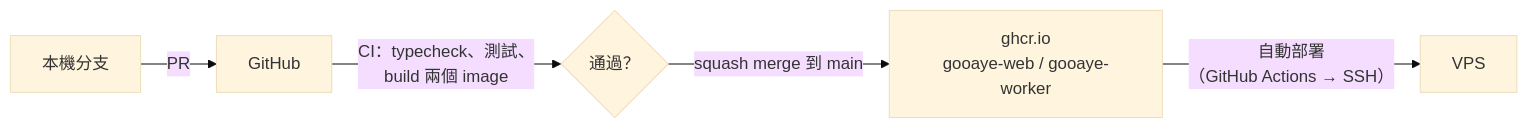
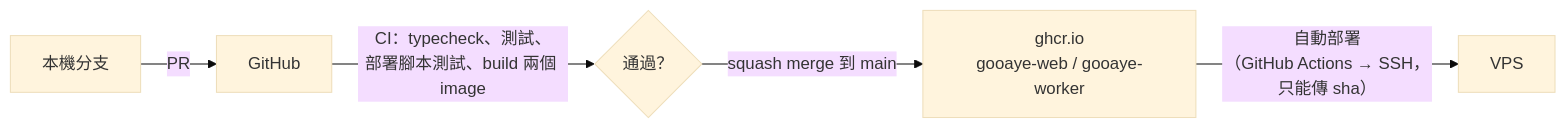
Before and after one commit to tommy3713/podcast-search: the sixth of 6 diagrams in README.md, drawn with Mermaid (base theme). The commit also changed other lines of this file, not shown here.

````diff
--- a/README.md
+++ b/README.md
@@ -113,7 +194,7 @@
 ```mermaid
 flowchart LR
   dev["本機分支"] -- PR --> gh["GitHub"]
-  gh -- "CI：typecheck、測試、<br/>build 兩個 image" --> check{"通過？"}
+  gh -- "CI：typecheck、測試、<br/>部署腳本測試、build 兩個 image" --> check{"通過？"}
   check -- "squash merge 到 main" --> ghcr["ghcr.io<br/>gooaye-web / gooaye-worker"]
-  ghcr -- "自動部署<br/>（GitHub Actions → SSH）" --> vps["VPS"]
+  ghcr -- "自動部署<br/>（GitHub Actions → SSH，只能傳 sha）" --> vps["VPS"]
 ```
````
